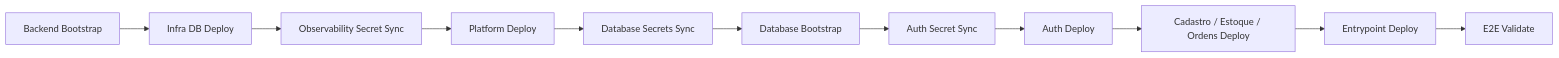
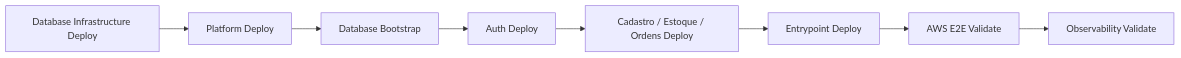
The fifth of 5 diagrams in README.md (fabianorodrigues/oficina-infra-fiap-fase4), drawn with Mermaid before and after one commit. The commit also changed other lines of this file and 9 other files, not shown here.

````diff
--- a/README.md
+++ b/README.md
@@ -185,13 +185,10 @@
 ```mermaid
 flowchart LR
-    A[Backend Bootstrap] --> B[Infra DB Deploy]
-    B --> C[Observability Secret Sync]
-    C --> D[Platform Deploy]
-    D --> E[Database Secrets Sync]
-    E --> F[Database Bootstrap]
-    F --> G[Auth Secret Sync]
-    G --> H[Auth Deploy]
-    H --> I[Cadastro / Estoque / Ordens Deploy]
-    I --> J[Entrypoint Deploy]
-    J --> K[E2E Validate]
+    A[Database Infrastructure Deploy] --> B[Platform Deploy]
+    B --> C[Database Bootstrap]
+    C --> D[Auth Deploy]
+    D --> E[Cadastro / Estoque / Ordens Deploy]
+    E --> F[Entrypoint Deploy]
+    F --> G[AWS E2E Validate]
+    G --> H[Observability Validate]
 ```
````
